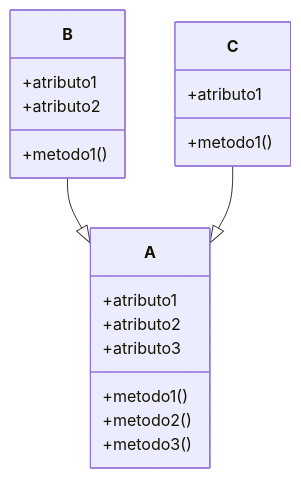
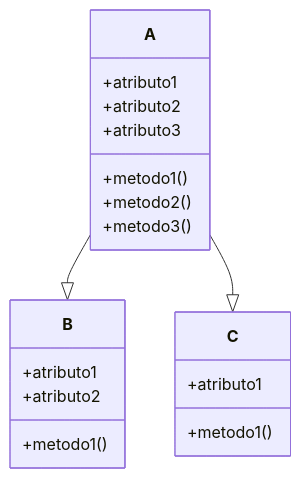
The first of 2 diagrams in README.md (Yber-M/UCV-POO-informe-dependencias), drawn with Mermaid before and after one commit. The commit also changed other lines of this file and 1 other file, not shown here.

````diff
--- a/README.md
+++ b/README.md
@@ -8,28 +7,27 @@
 ```mermaid
 classDiagram
 
 class A {
   +atributo1
   +atributo2
   +atributo3
 
   +metodo1()
   +metodo2()
   +metodo3()
 }
 
 class B {
   +atributo1
   +atributo2
-
   +metodo1()
 }
 
 class C{
   +atributo1
   +metodo1()
 }
 
-B --|> A
-C --|> A
+A --|> B
+A --|> C
 ```
````
